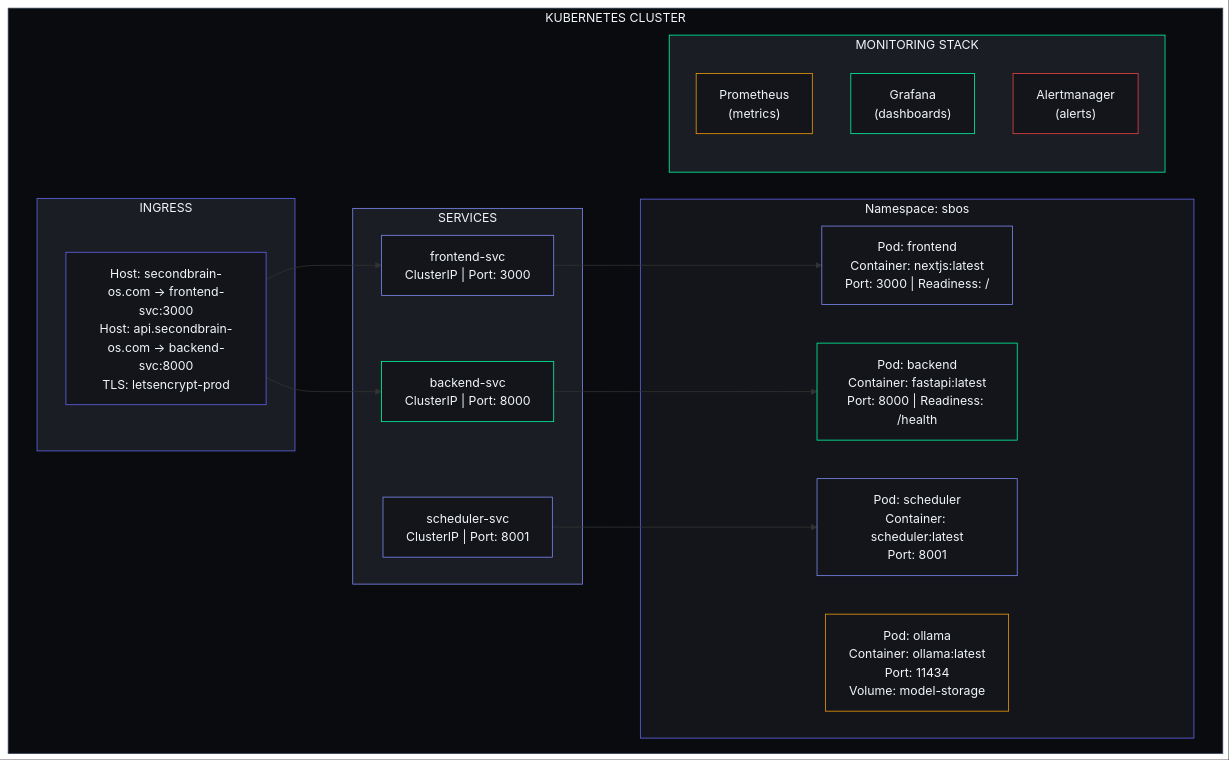
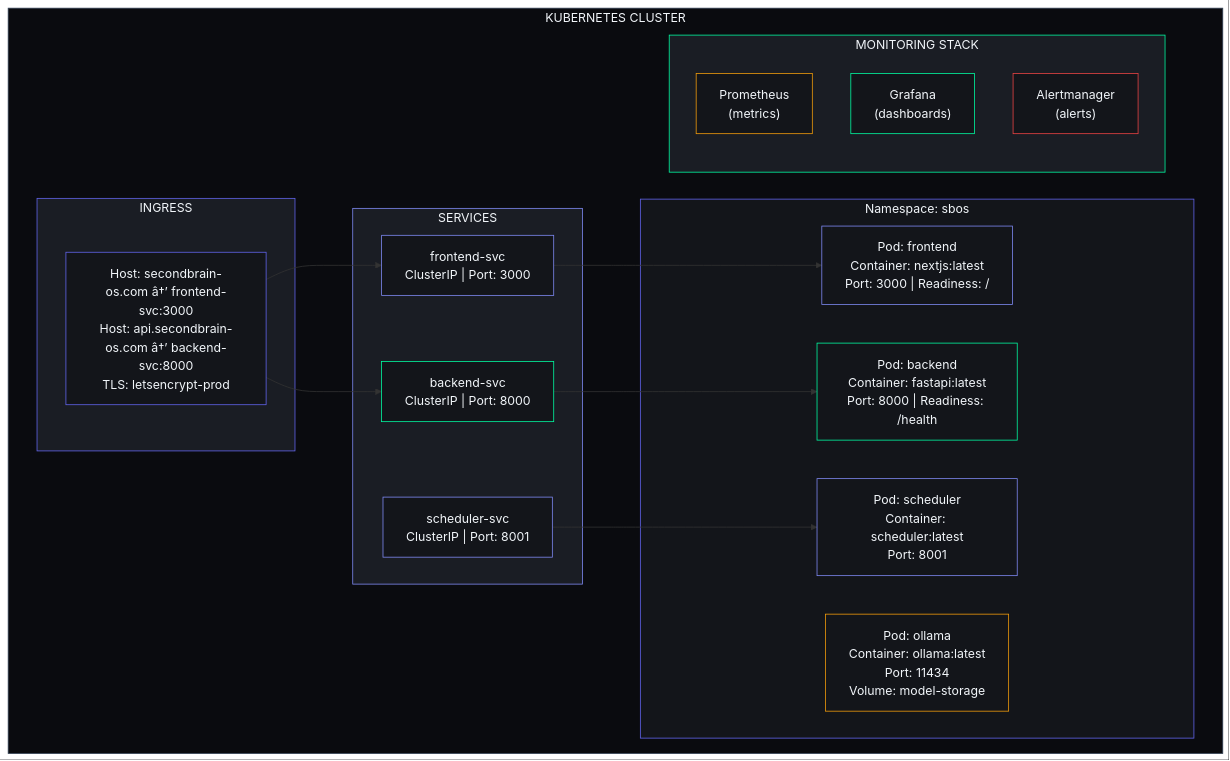
Before and after one commit to rohitkumarnaidu/ARIA-OS---SecondBrain-: the second of 5 diagrams in docs/devops/Kubernetes.md, drawn with Mermaid. The commit also changed other lines of this file and 9 other files, not shown here.

````diff
--- a/docs/devops/Kubernetes.md
+++ b/docs/devops/Kubernetes.md
@@ -92,50 +92,50 @@
 ```mermaid
 graph TD
     subgraph K8sCluster["KUBERNETES CLUSTER"]
         subgraph NamespaceSBOS["Namespace: sbos"]
             PodFrontend["Pod: frontend<br/>Container: nextjs:latest<br/>Port: 3000 | Readiness: /"]
             PodBackend["Pod: backend<br/>Container: fastapi:latest<br/>Port: 8000 | Readiness: /health"]
             PodScheduler["Pod: scheduler<br/>Container: scheduler:latest<br/>Port: 8001"]
             PodOllama["Pod: ollama<br/>Container: ollama:latest<br/>Port: 11434<br/>Volume: model-storage"]
         end
 
         subgraph Services["SERVICES"]
             SvcFrontend["frontend-svc<br/>ClusterIP | Port: 3000"]
             SvcBackend["backend-svc<br/>ClusterIP | Port: 8000"]
             SvcScheduler["scheduler-svc<br/>ClusterIP | Port: 8001"]
         end
 
         subgraph IngressSection["INGRESS"]
-            Ingress["Host: secondbrain-os.com → frontend-svc:3000<br/>Host: api.secondbrain-os.com → backend-svc:8000<br/>TLS: letsencrypt-prod"]
+            Ingress["Host: secondbrain-os.com â†’ frontend-svc:3000<br/>Host: api.secondbrain-os.com â†’ backend-svc:8000<br/>TLS: letsencrypt-prod"]
         end
 
         subgraph Monitoring["MONITORING STACK"]
             Prometheus["Prometheus<br/>(metrics)"]
             Grafana["Grafana<br/>(dashboards)"]
             Alertmanager["Alertmanager<br/>(alerts)"]
         end
     end
 
     Ingress --> SvcFrontend
     Ingress --> SvcBackend
     SvcFrontend --> PodFrontend
     SvcBackend --> PodBackend
     SvcScheduler --> PodScheduler
 
     style K8sCluster fill:#0A0B0F,stroke:#334155,color:#F1F5F9
     style NamespaceSBOS fill:#13151A,stroke:#6366F1,color:#F1F5F9
     style PodFrontend fill:#13151A,stroke:#818CF8,color:#F1F5F9
     style PodBackend fill:#13151A,stroke:#00FFA3,color:#F1F5F9
     style PodScheduler fill:#13151A,stroke:#818CF8,color:#F1F5F9
     style PodOllama fill:#13151A,stroke:#F59E0B,color:#F1F5F9
     style Services fill:#1A1D24,stroke:#818CF8,color:#F1F5F9
     style SvcFrontend fill:#13151A,stroke:#818CF8,color:#F1F5F9
     style SvcBackend fill:#13151A,stroke:#00FFA3,color:#F1F5F9
     style SvcScheduler fill:#13151A,stroke:#818CF8,color:#F1F5F9
     style IngressSection fill:#1A1D24,stroke:#6366F1,color:#F1F5F9
     style Ingress fill:#13151A,stroke:#6366F1,color:#F1F5F9
     style Monitoring fill:#1A1D24,stroke:#00FFA3,color:#F1F5F9
     style Prometheus fill:#13151A,stroke:#F59E0B,color:#F1F5F9
     style Grafana fill:#13151A,stroke:#00FFA3,color:#F1F5F9
     style Alertmanager fill:#13151A,stroke:#EF4444,color:#F1F5F9
 ```
````
